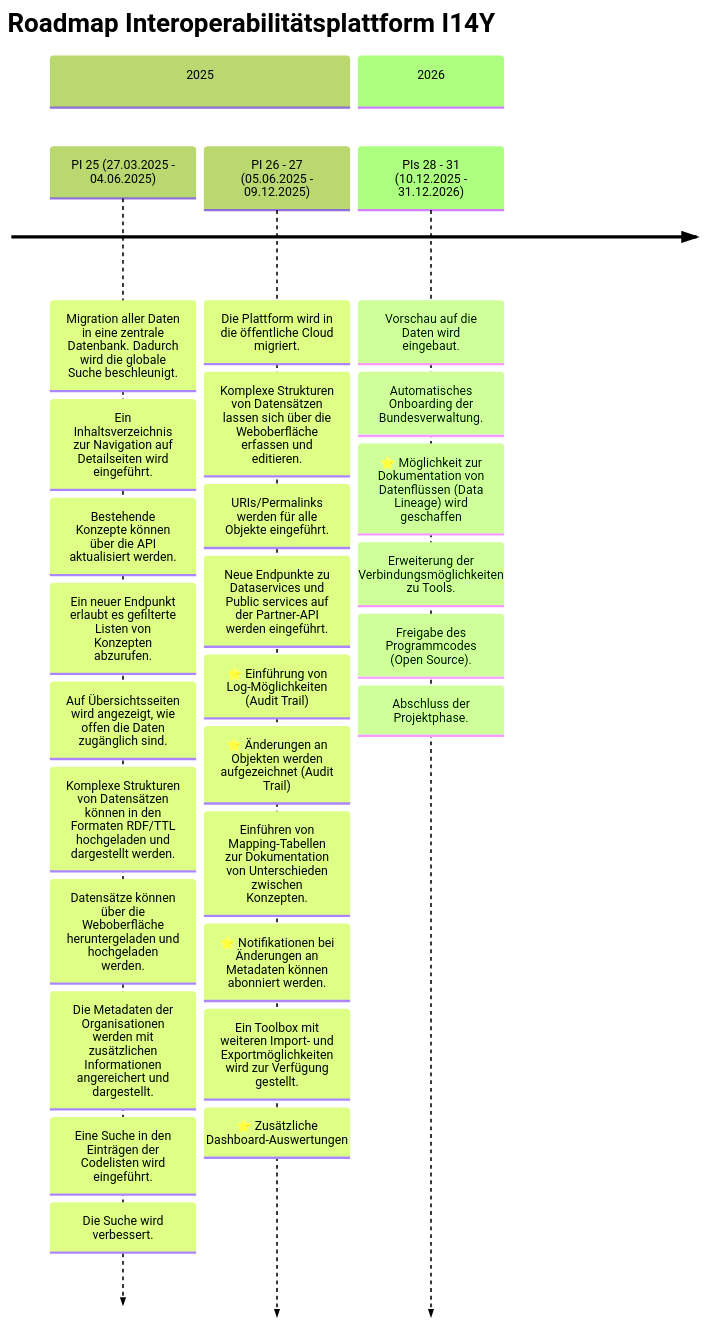
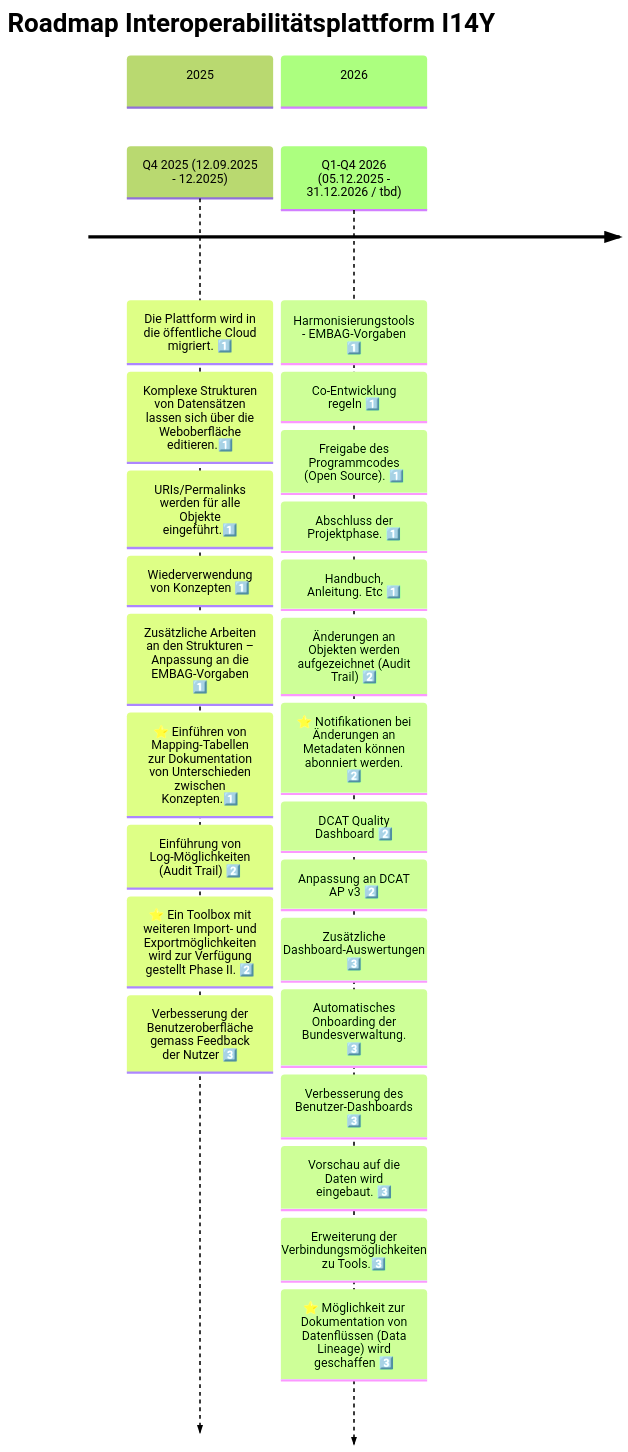
The diagram in content/de/plattform/roadmap.md (I14Y-ch/handbook), drawn with Mermaid (forest theme) before and after one commit. The commit also changed other lines of this file and 1 other file, not shown here.

Commit message:
Roadmap update

```diff
--- a/content/de/plattform/roadmap.md
+++ b/content/de/plattform/roadmap.md
@@ -21,38 +21,36 @@
 {{< mermaid width="650px" >}}
 timeline
     title Roadmap Interoperabilitätsplattform I14Y
     
     section 2025
-        PI 25 (27.03.2025 - 04.06.2025)
-        : Migration aller Daten in eine zentrale Datenbank. Dadurch wird die globale Suche beschleunigt.
-        : Ein Inhaltsverzeichnis zur Navigation auf Detailseiten wird eingeführt.
-        : Bestehende Konzepte können über die API aktualisiert werden.
-        : Ein neuer Endpunkt erlaubt es gefilterte Listen von Konzepten abzurufen.
-        : Auf Übersichtsseiten wird angezeigt, wie offen die Daten zugänglich sind. 
-        : Komplexe Strukturen von Datensätzen können in den Formaten RDF/TTL hochgeladen und dargestellt werden. 
-        : Datensätze können über die Weboberfläche heruntergeladen und hochgeladen werden.
-        : Die Metadaten der Organisationen werden mit zusätzlichen Informationen angereichert und dargestellt.
-        : Eine Suche in den Einträgen der Codelisten wird eingeführt.
-        : Die Suche wird verbessert.
-        
-        PI 26 - 27 (05.06.2025 - 09.12.2025)
-        : Die Plattform wird in die öffentliche Cloud migriert.
-        : Komplexe Strukturen von Datensätzen lassen sich über die Weboberfläche erfassen und editieren.
-        : URIs/Permalinks werden für alle Objekte eingeführt.
-        : Neue Endpunkte zu Dataservices und Public services auf der Partner-API werden eingeführt.
-        : ⭐ Einführung von Log-Möglichkeiten (Audit Trail)
-        : ⭐ Änderungen an Objekten werden aufgezeichnet (Audit Trail)
-        : Einführen von Mapping-Tabellen zur Dokumentation von Unterschieden zwischen Konzepten.
-        : ⭐ Notifikationen bei Änderungen an Metadaten können abonniert werden.
-        : Ein Toolbox mit weiteren Import- und Exportmöglichkeiten wird zur Verfügung gestellt.
-        : ⭐ Zusätzliche Dashboard-Auswertungen
-  
+    
+        Q4 2025 (12.09.2025 - 12.2025)
+        : Die Plattform wird in die öffentliche Cloud migriert. 1️⃣
+        : Komplexe Strukturen von Datensätzen lassen sich über die Weboberfläche editieren.1️⃣
+        : URIs/Permalinks werden für alle Objekte eingeführt.1️⃣
+        : Wiederverwendung von Konzepten 1️⃣
+        : Zusätzliche Arbeiten an den Strukturen – Anpassung an die EMBAG-Vorgaben 1️⃣
+        : ⭐ Einführen von Mapping-Tabellen zur Dokumentation von Unterschieden zwischen Konzepten.1️⃣
+        : Einführung von Log-Möglichkeiten (Audit Trail) 2️⃣
+        : ⭐ Ein Toolbox mit weiteren Import- und Exportmöglichkeiten wird zur Verfügung gestellt Phase II. 2️⃣
+        : Verbesserung der Benutzeroberfläche gemass Feedback der Nutzer 3️⃣ 
+
     section 2026
-        PIs 28 - 31 (10.12.2025 - 31.12.2026)
-        : Vorschau auf die Daten wird eingebaut.
-        : Automatisches Onboarding der Bundesverwaltung.
-        : ⭐ Möglichkeit zur Dokumentation von Datenflüssen (Data Lineage) wird geschaffen
-        : Erweiterung der Verbindungsmöglichkeiten zu Tools.
-        : Freigabe des Programmcodes (Open Source).
-        : Abschluss der Projektphase.
+        Q1-Q4 2026 (05.12.2025 - 31.12.2026 / tbd)
+        : Harmonisierungstools - EMBAG-Vorgaben 1️⃣
+        : Co-Entwicklung regeln 1️⃣
+        : Freigabe des Programmcodes (Open Source). 1️⃣
+        : Abschluss der Projektphase. 1️⃣
+        : Handbuch, Anleitung. Etc 1️⃣
+        : Änderungen an Objekten werden aufgezeichnet (Audit Trail) 2️⃣
+        : ⭐ Notifikationen bei Änderungen an Metadaten können abonniert werden. 2️⃣
+        : DCAT Quality Dashboard 2️⃣
+        : Anpassung an DCAT AP v3 2️⃣
+        : Zusätzliche Dashboard-Auswertungen 3️⃣       
+        : Automatisches Onboarding der Bundesverwaltung. 3️⃣
+        : Verbesserung des Benutzer-Dashboards 3️⃣ 
+        : Vorschau auf die Daten wird eingebaut. 3️⃣
+        : Erweiterung der Verbindungsmöglichkeiten zu Tools.3️⃣
+        : ⭐ Möglichkeit zur Dokumentation von Datenflüssen (Data Lineage) wird geschaffen 3️⃣ 
+
 {{< /mermaid >}}
```
